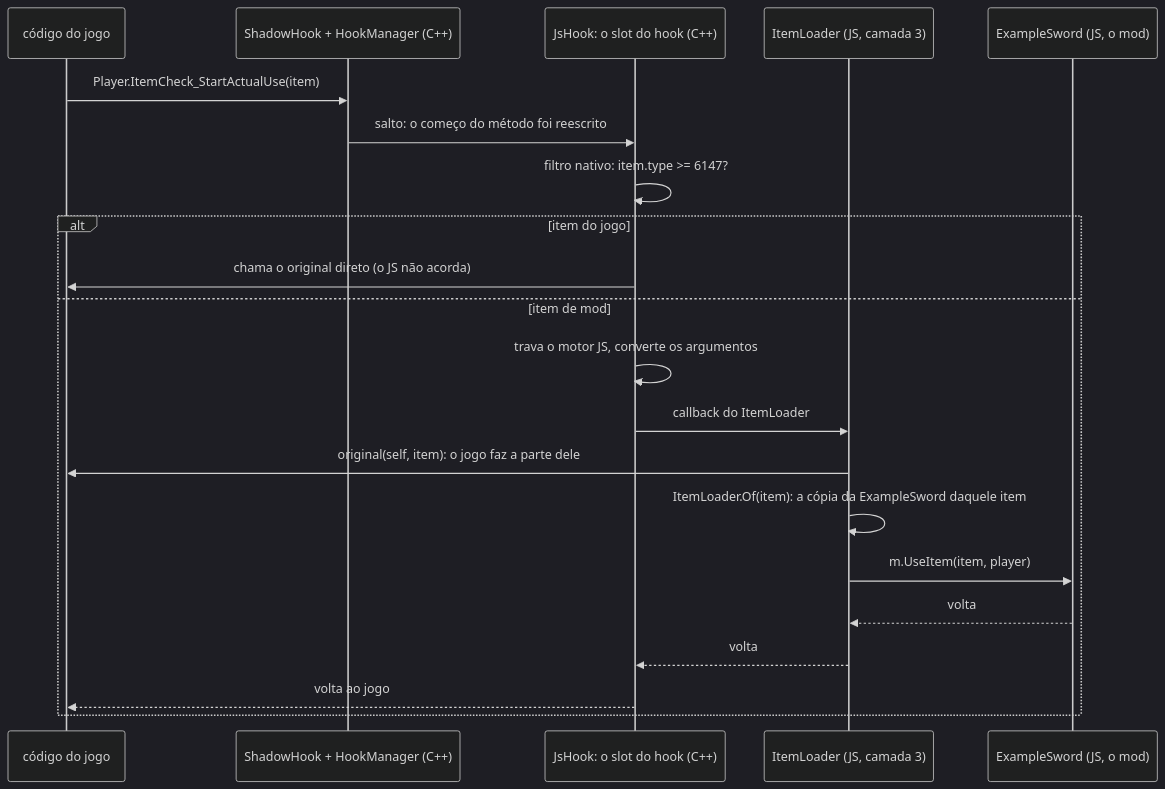
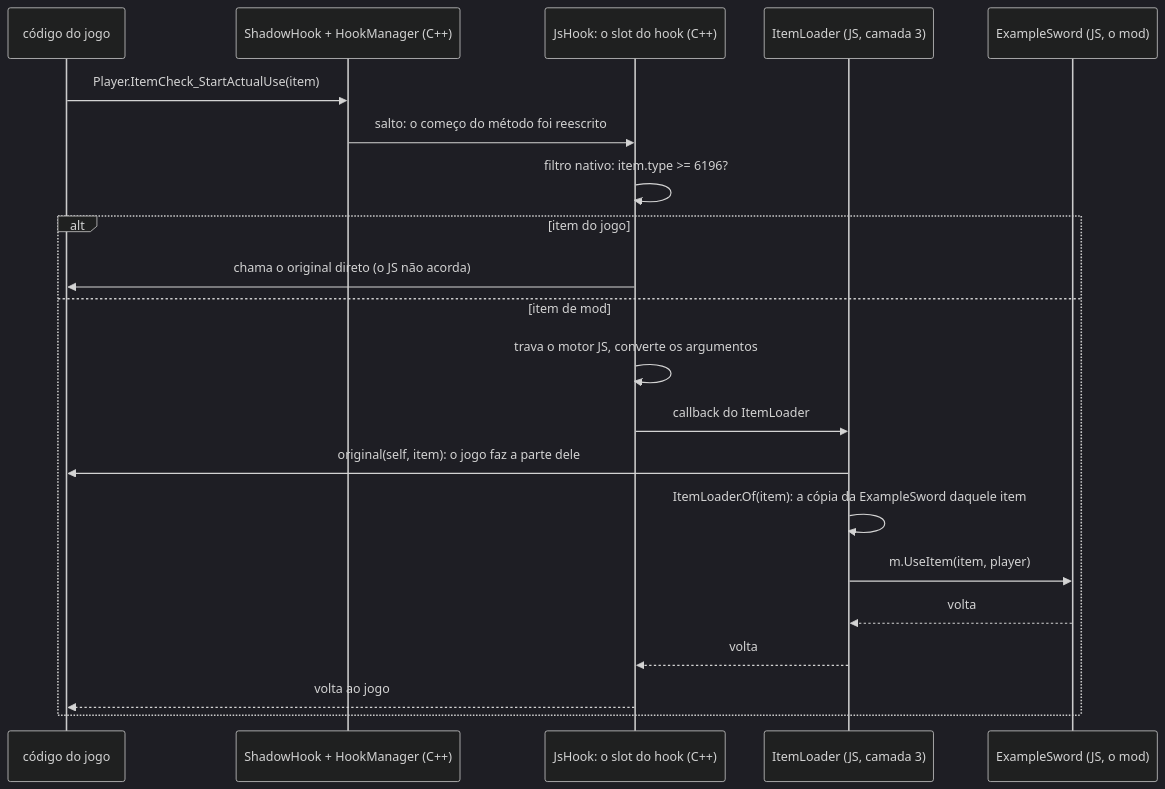
The fifth of 5 diagrams in docs/mods/00-como-funciona.md (JonataOliveiraa/Bunny-Loader), drawn with Mermaid (dark theme) before and after one commit. The commit also changed other lines of this file and 148 other files, not shown here.

````diff
--- a/docs/mods/00-como-funciona.md
+++ b/docs/mods/00-como-funciona.md
@@ -303,23 +303,23 @@
 ```mermaid
 sequenceDiagram
     participant G as código do jogo
     participant SH as ShadowHook + HookManager (C++)
     participant JH as JsHook: o slot do hook (C++)
     participant IL as ItemLoader (JS, camada 3)
     participant M as ExampleSword (JS, o mod)
     G->>SH: Player.ItemCheck_StartActualUse(item)
     SH->>JH: salto: o começo do método foi reescrito
-    JH->>JH: filtro nativo: item.type >= 6147?
+    JH->>JH: filtro nativo: item.type >= 6196?
     alt item do jogo
         JH->>G: chama o original direto (o JS não acorda)
     else item de mod
         JH->>JH: trava o motor JS, converte os argumentos
         JH->>IL: callback do ItemLoader
         IL->>G: original(self, item): o jogo faz a parte dele
         IL->>IL: ItemLoader.Of(item): a cópia da ExampleSword daquele item
         IL->>M: m.UseItem(item, player)
         M-->>IL: volta
         IL-->>JH: volta
         JH-->>G: volta ao jogo
     end
 ```
````
